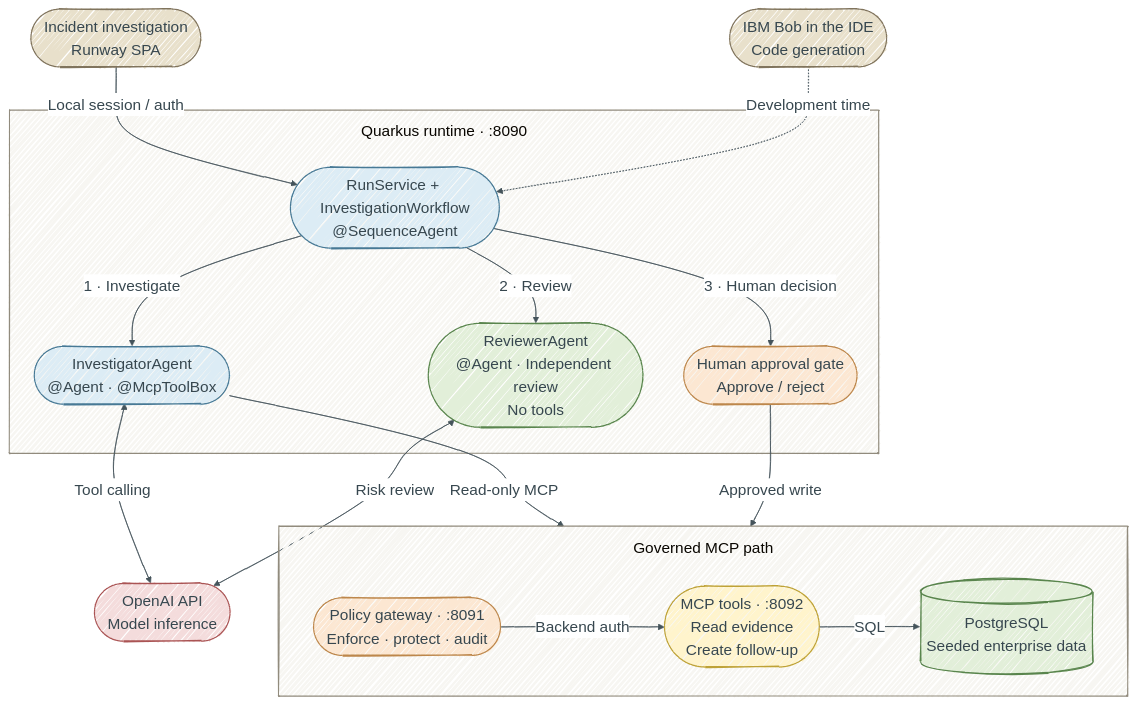
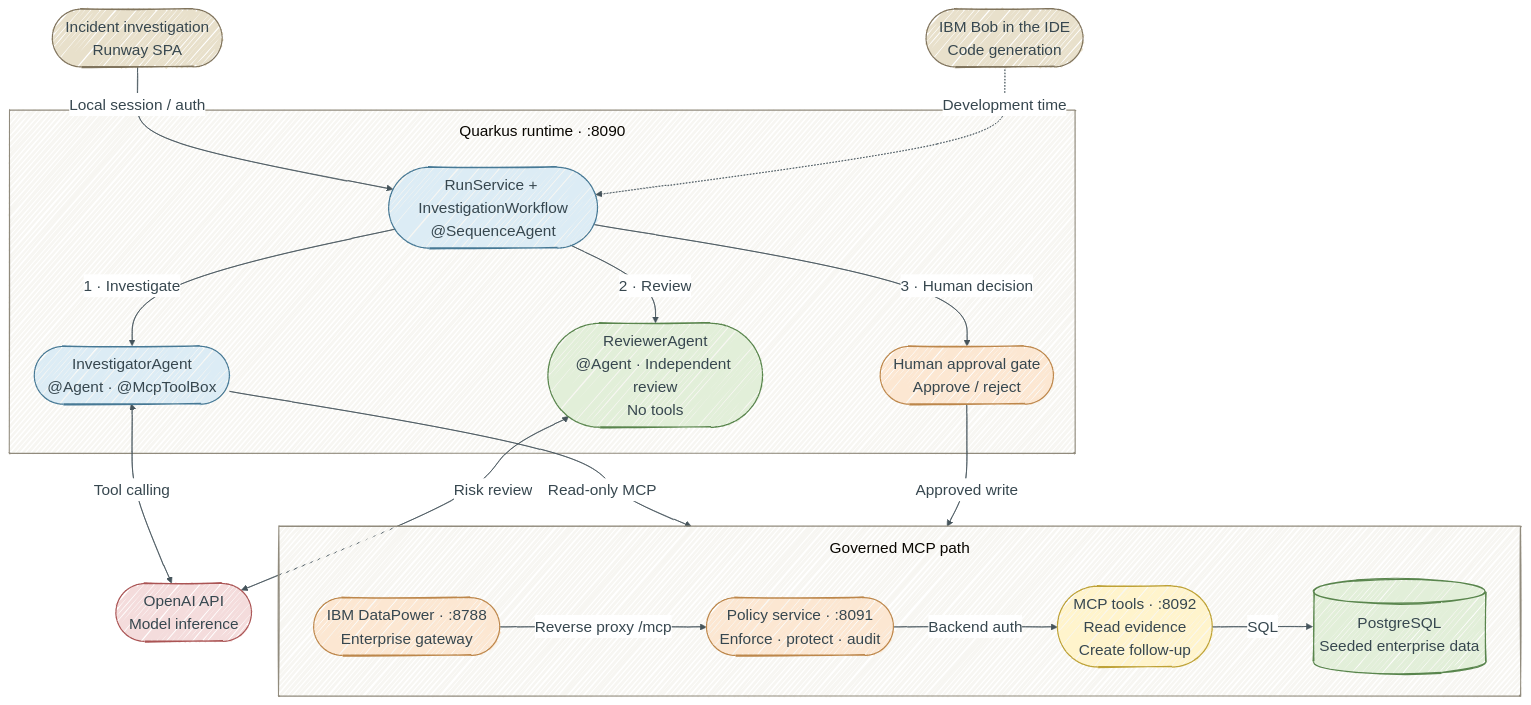
Before and after one commit to danieloh30/enterprise-ai-runway: the diagram in README.md, drawn with Mermaid. The commit also changed other lines of this file and 8 other files, not shown here.

````diff
--- a/README.md
+++ b/README.md
@@ -66,70 +66,72 @@
 ```mermaid
 ---
 config:
   look: handDrawn
   theme: base
   handDrawnSeed: 42
   fontFamily: Arial
   flowchart:
     curve: basis
     nodeSpacing: 35
     rankSpacing: 65
     wrappingWidth: 230
     subGraphTitleMargin:
       top: 12
       bottom: 28
   themeVariables:
     fontFamily: Arial
     fontSize: 20px
     primaryTextColor: '#37474f'
     lineColor: '#45545b'
     edgeLabelBackground: '#ffffff'
     clusterBkg: '#f7f6f2'
     clusterBorder: '#918b7d'
 ---
 flowchart TB
     UI(["Incident investigation<br/>Runway SPA"])
     Bob(["IBM Bob in the IDE<br/>Code generation"])
 
     subgraph Runtime["Quarkus runtime · :8090"]
         Workflow(["RunService + InvestigationWorkflow<br/>@SequenceAgent"])
         Investigator(["InvestigatorAgent<br/>@Agent · @McpToolBox"])
         Reviewer(["ReviewerAgent<br/>@Agent · Independent review<br/>No tools"])
         Approval(["Human approval gate<br/>Approve / reject"])
 
         Workflow -->|1 · Investigate| Investigator
         Workflow -->|2 · Review| Reviewer
         Workflow -->|3 · Human decision| Approval
     end
 
     UI -->|Local session / auth| Workflow
     Bob -.->|Development time| Workflow
     Investigator <-->|Tool calling| Model
     Reviewer <-->|Risk review| Model
     Model(["OpenAI API<br/>Model inference"])
 
     subgraph Governed["Governed MCP path"]
         direction LR
-        Gateway(["Policy gateway · :8091<br/>Enforce · protect · audit"])
+        DataPower(["IBM DataPower · :8788<br/>Enterprise gateway"])
+        Gateway(["Policy service · :8091<br/>Enforce · protect · audit"])
         Tools(["MCP tools · :8092<br/>Read evidence<br/>Create follow-up"])
         DB[("PostgreSQL<br/>Seeded enterprise data")]
+        DataPower -->|Reverse proxy /mcp| Gateway
         Gateway -->|Backend auth| Tools
         Tools -->|SQL| DB
     end
 
     Investigator -->|Read-only MCP| Governed
     Approval -->|Approved write| Governed
 
     classDef entry fill:#e8e0cb,stroke:#80745d,color:#37474f,stroke-width:1.5px;
     classDef agent fill:#dcecf5,stroke:#477995,color:#37474f,stroke-width:1.5px;
     classDef review fill:#e2efd9,stroke:#59854d,color:#37474f,stroke-width:1.5px;
     classDef approval fill:#fce7d2,stroke:#bd874b,color:#37474f,stroke-width:1.5px;
     classDef tools fill:#fff4cc,stroke:#bea237,color:#37474f,stroke-width:1.5px;
     classDef external fill:#f4dcdc,stroke:#aa5454,color:#37474f,stroke-width:1.5px;
     class UI,Bob entry;
     class Workflow,Investigator agent;
     class Reviewer,DB review;
-    class Approval,Gateway approval;
+    class Approval,Gateway,DataPower approval;
     class Tools tools;
     class Model external;
 ```
````
